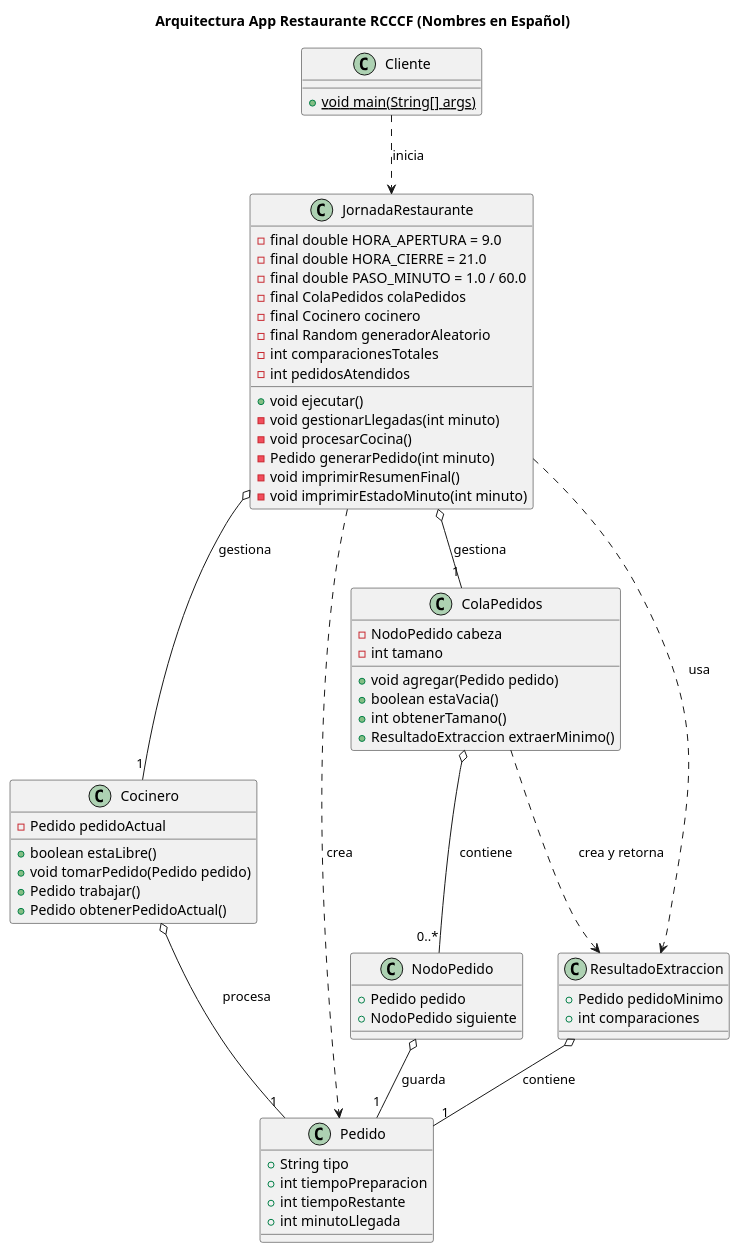
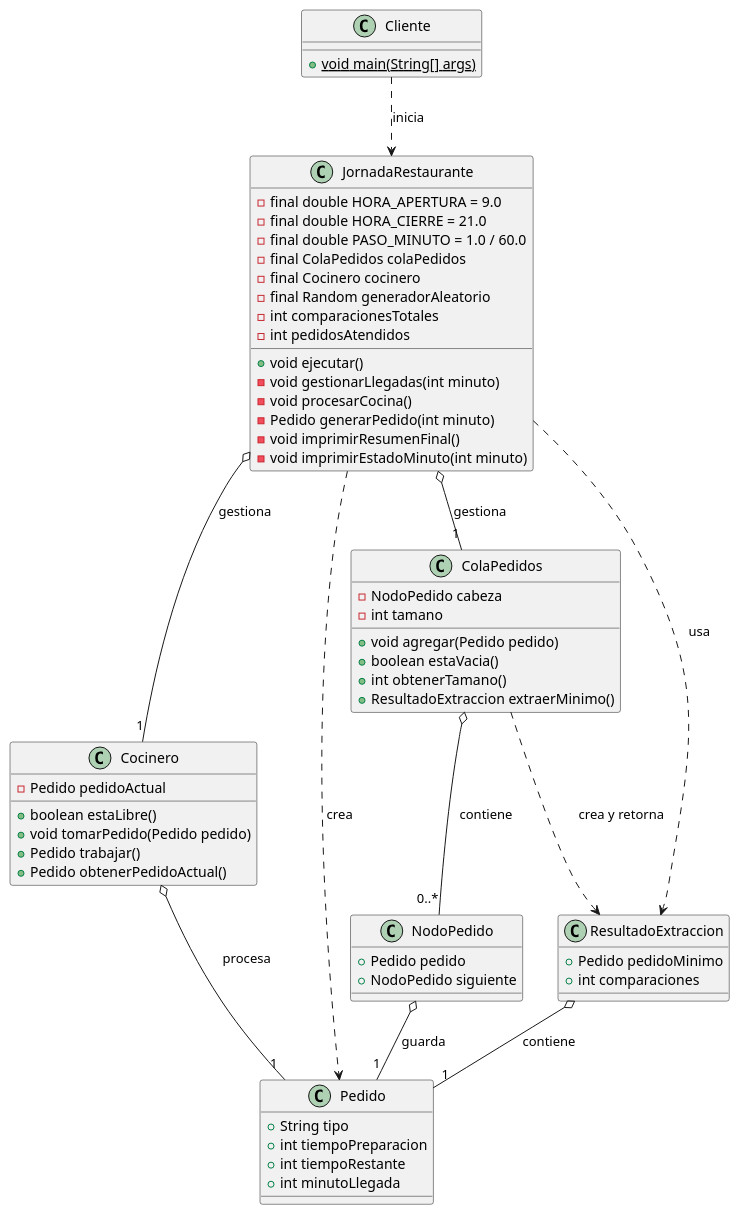
One commit to mmasias/25-26-EDA1 changed the diagram in entregas/caicedoFernando/documentosUML/Propuesta.puml. Above: the diagram before and after it, drawn with PlantUML. The commit also changed 2 other files, not shown here.

```diff
--- a/entregas/caicedoFernando/documentosUML/Propuesta.puml
+++ b/entregas/caicedoFernando/documentosUML/Propuesta.puml
@@ -1,74 +1,73 @@
-@startuml
-title Arquitectura App Restaurante RCCCF (Nombres en Español)
+@startuml Arquitectura App Restaurante RCCCF
 
 class Cliente {
   + {static} void main(String[] args)
 }
 
 class JornadaRestaurante {
   - final double HORA_APERTURA = 9.0
   - final double HORA_CIERRE = 21.0
   - final double PASO_MINUTO = 1.0 / 60.0
   - final ColaPedidos colaPedidos
   - final Cocinero cocinero
   - final Random generadorAleatorio
   - int comparacionesTotales
   - int pedidosAtendidos
   
   + void ejecutar()
   - void gestionarLlegadas(int minuto)
   - void procesarCocina()
   - Pedido generarPedido(int minuto)
   - void imprimirResumenFinal()
   - void imprimirEstadoMinuto(int minuto)
 }
 
 class Cocinero {
   - Pedido pedidoActual
   + boolean estaLibre()
   + void tomarPedido(Pedido pedido)
   + Pedido trabajar()
   + Pedido obtenerPedidoActual()
 }
 
 class Pedido {
   + String tipo
   + int tiempoPreparacion
   + int tiempoRestante
   + int minutoLlegada
 }
 
 class ColaPedidos {
   - NodoPedido cabeza
   - int tamano
   + void agregar(Pedido pedido)
   + boolean estaVacia()
   + int obtenerTamano()
   + ResultadoExtraccion extraerMinimo()
 }
 
 class NodoPedido {
   + Pedido pedido
   + NodoPedido siguiente
 }
 
 class ResultadoExtraccion {
   + Pedido pedidoMinimo
   + int comparaciones
 }
 
 Cliente ..> JornadaRestaurante : "inicia"
 
 JornadaRestaurante o-- "1" Cocinero : "gestiona"
 JornadaRestaurante o-- "1" ColaPedidos : "gestiona"
 JornadaRestaurante ..> Pedido : "crea"
 JornadaRestaurante ..> ResultadoExtraccion : "usa"
 
 Cocinero o-- "1" Pedido : "procesa"
 
 ColaPedidos o-- "0..*" NodoPedido : "contiene"
 NodoPedido o-- "1" Pedido : "guarda"
 
 ColaPedidos ..> ResultadoExtraccion : "crea y retorna"
 ResultadoExtraccion o-- "1" Pedido : "contiene"
 @enduml
```
